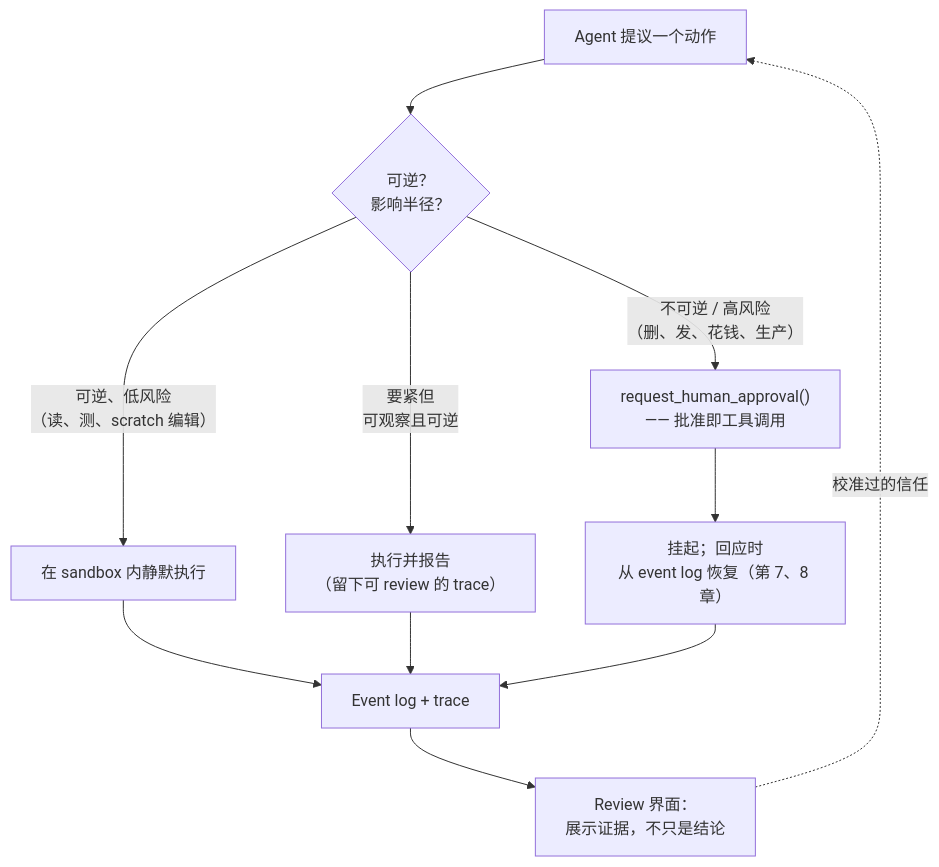
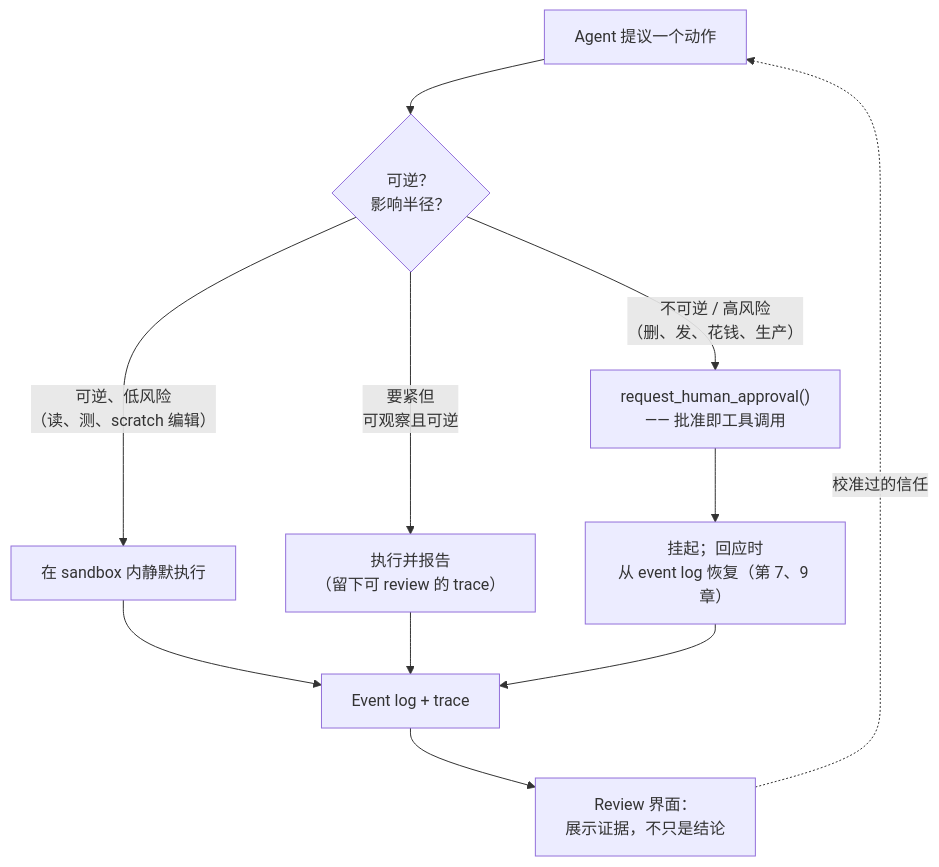
Before and after one commit to Jin-Fang/Agentic-AI-Study: the diagram in agent-harness-zh/15-human-agent-interaction.md, drawn with Mermaid. The commit also changed other lines of this file and 35 other files, not shown here.

````diff
--- a/agent-harness-zh/15-human-agent-interaction.md
+++ b/agent-harness-zh/15-human-agent-interaction.md
@@ -65,16 +67,16 @@
 ```mermaid
 flowchart TD
     ACT["Agent 提议一个动作"] --> Q{"可逆？<br/>影响半径？"}
 
     Q -->|"可逆、低风险<br/>（读、测、scratch 编辑）"| SILENT["在 sandbox 内静默执行"]
     Q -->|"要紧但<br/>可观察且可逆"| REPORT["执行并报告<br/>（留下可 review 的 trace）"]
     Q -->|"不可逆 / 高风险<br/>（删、发、花钱、生产）"| ASK["request_human_approval()<br/>—— 批准即工具调用"]
 
-    ASK --> WAIT["挂起；回应时<br/>从 event log 恢复（第 7、8 章）"]
+    ASK --> WAIT["挂起；回应时<br/>从 event log 恢复（第 7、9 章）"]
     SILENT --> LOG["Event log + trace"]
     REPORT --> LOG
     WAIT --> LOG
     LOG --> REVIEW["Review 界面：<br/>展示证据，不只是结论"]
 
     REVIEW -.校准过的信任.-> ACT
 ```
````
